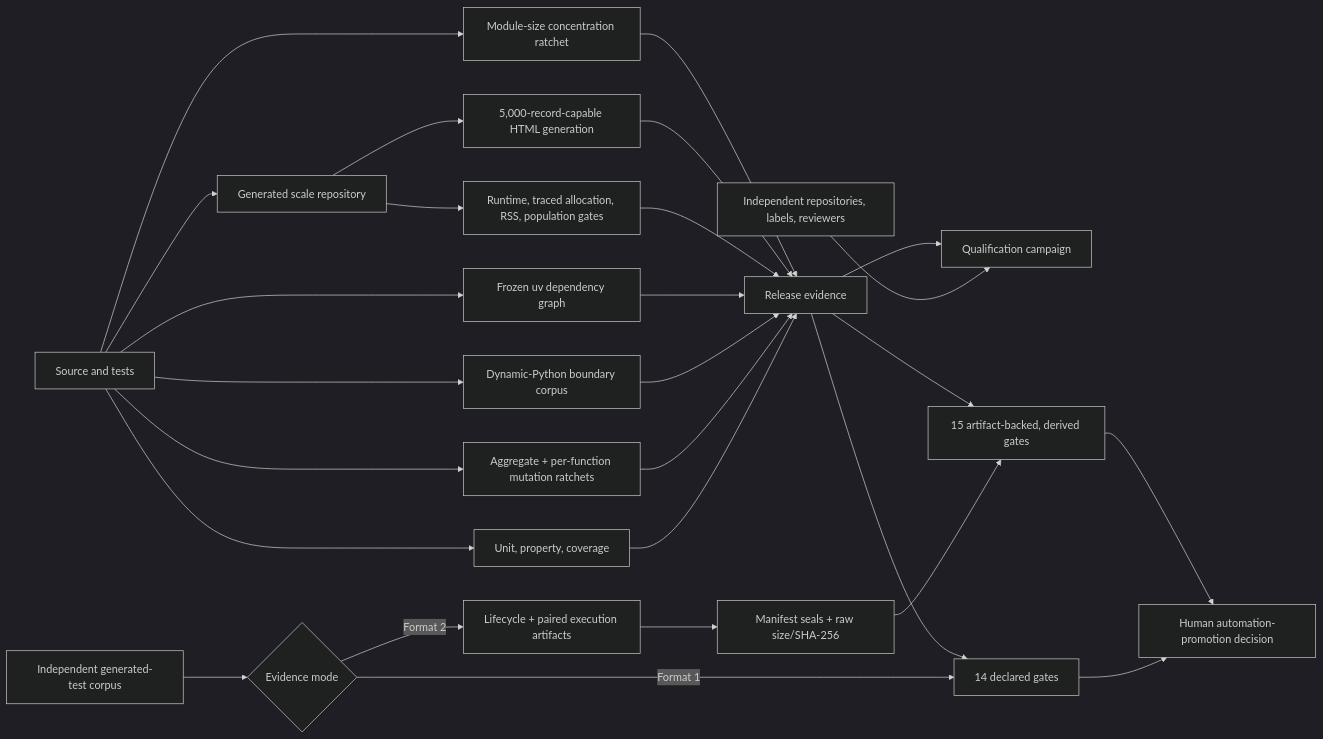
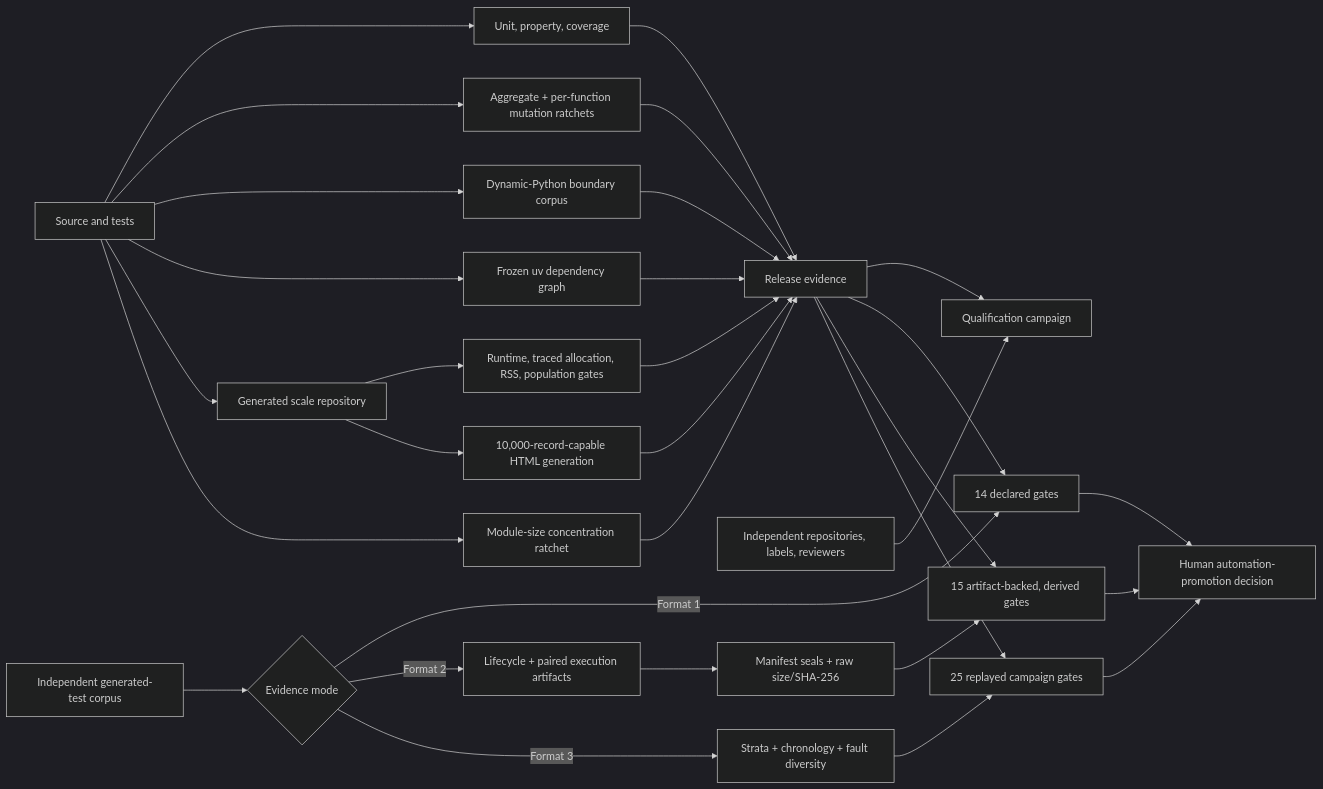
One commit to willtran87/project-py-sfmea changed the diagram in docs/QUALITY_GATES.md. Above: the diagram before and after it, drawn with Mermaid (dark theme). The commit also changed other lines of this file and 25 other files, not shown here.

````diff
--- a/docs/QUALITY_GATES.md
+++ b/docs/QUALITY_GATES.md
@@ -7,29 +7,33 @@
 ```mermaid
 flowchart LR
   C["Source and tests"] --> U["Unit, property, coverage"]
   C --> M["Aggregate + per-function mutation ratchets"]
   C --> D["Dynamic-Python boundary corpus"]
   C --> L["Frozen uv dependency graph"]
   C --> S["Generated scale repository"]
   S --> P["Runtime, traced allocation, RSS, population gates"]
-  S --> H["5,000-record-capable HTML generation"]
+  S --> H["10,000-record-capable HTML generation"]
   C --> Z["Module-size concentration ratchet"]
   U --> R["Release evidence"]
   M --> R
   D --> R
   L --> R
   P --> R
   H --> R
   Z --> R
   X["Independent repositories, labels, reviewers"] --> Q["Qualification campaign"]
   R --> Q
   G["Independent generated-test corpus"] --> LMODE{"Evidence mode"}
   LMODE -- "Format 1" --> L14["14 declared gates"]
   LMODE -- "Format 2" --> LART["Lifecycle + paired execution artifacts"]
+  LMODE -- "Format 3" --> LSTRAT["Strata + chronology + fault diversity"]
   LART --> LRAW["Manifest seals + raw size/SHA-256"]
   LRAW --> L15["15 artifact-backed, derived gates"]
+  LSTRAT --> L25["25 replayed campaign gates"]
   R --> L14
   R --> L15
+  R --> L25
   L14 --> A["Human automation-promotion decision"]
   L15 --> A
+  L25 --> A
 ```
````
